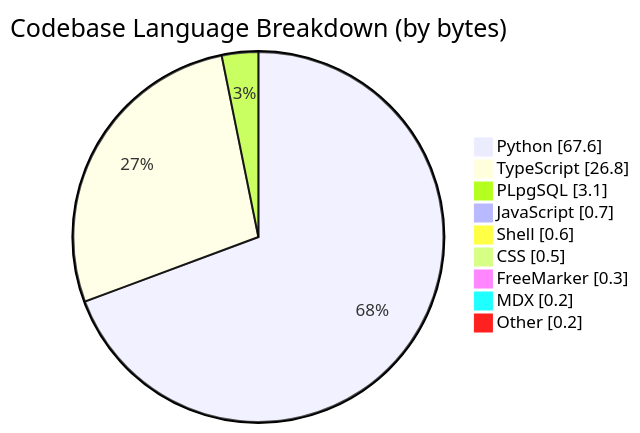
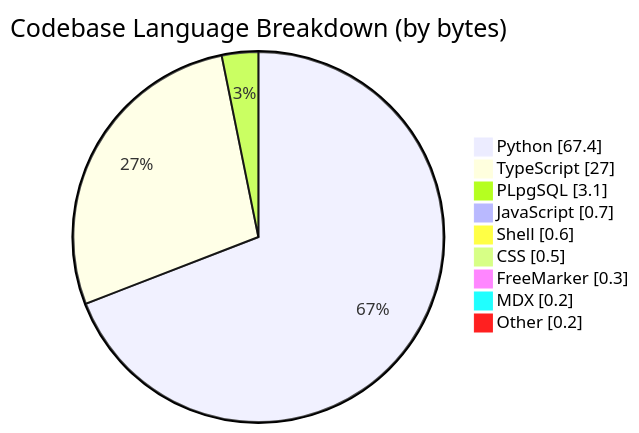
One commit to CSTH-Projects/.github changed the third of 4 diagrams in profile/README.md. Above: the diagram before and after it, drawn with Mermaid. The commit also changed other lines of this file, not shown here.

````diff
--- a/profile/README.md
+++ b/profile/README.md
@@ -63,13 +63,13 @@
 ```mermaid
 pie showData
     title Codebase Language Breakdown (by bytes)
-    "Python" : 67.6
-    "TypeScript" : 26.8
+    "Python" : 67.4
+    "TypeScript" : 27.0
     "PLpgSQL" : 3.1
     "JavaScript" : 0.7
     "Shell" : 0.6
     "CSS" : 0.5
     "FreeMarker" : 0.3
     "MDX" : 0.2
     "Other" : 0.2
 ```
````
